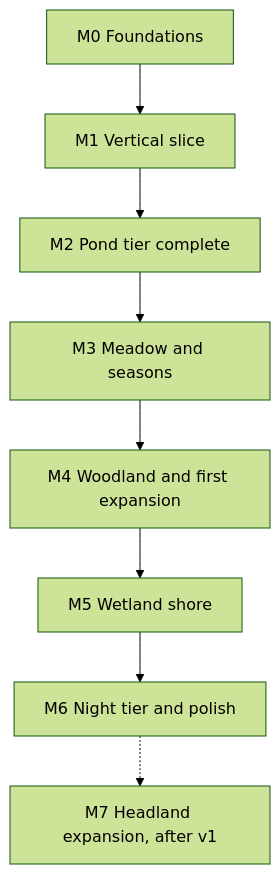
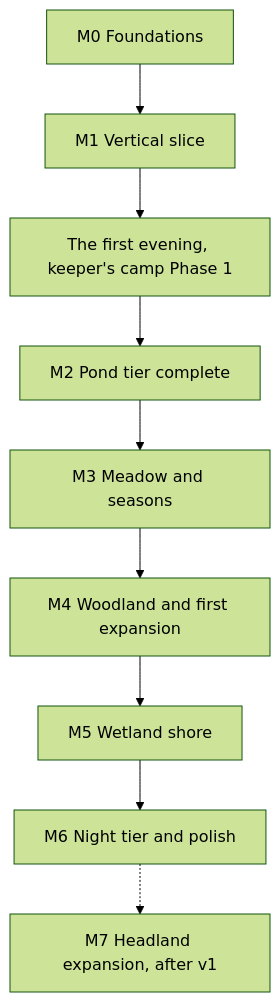
One commit to mshomper/ebb changed the diagram in docs/20-roadmap-and-vertical-slice.md. Above: the diagram before and after it, drawn with Mermaid (forest theme). The commit also changed other lines of this file and 16 other files, not shown here.

First line of the commit message:
Docs: the keeper's camp (F13) filed; the first evening is the current target

````diff
--- a/docs/20-roadmap-and-vertical-slice.md
+++ b/docs/20-roadmap-and-vertical-slice.md
@@ -15,10 +15,11 @@
 ```mermaid
 flowchart TD
     M0[M0 Foundations] --> M1[M1 Vertical slice]
-    M1 --> M2[M2 Pond tier complete]
+    M1 --> FE[The first evening, keeper's camp Phase 1]
+    FE --> M2[M2 Pond tier complete]
     M2 --> M3[M3 Meadow and seasons]
     M3 --> M4[M4 Woodland and first expansion]
     M4 --> M5[M5 Wetland shore]
     M5 --> M6[M6 Night tier and polish]
     M6 -.-> M7[M7 Headland expansion, after v1]
 ```
````
